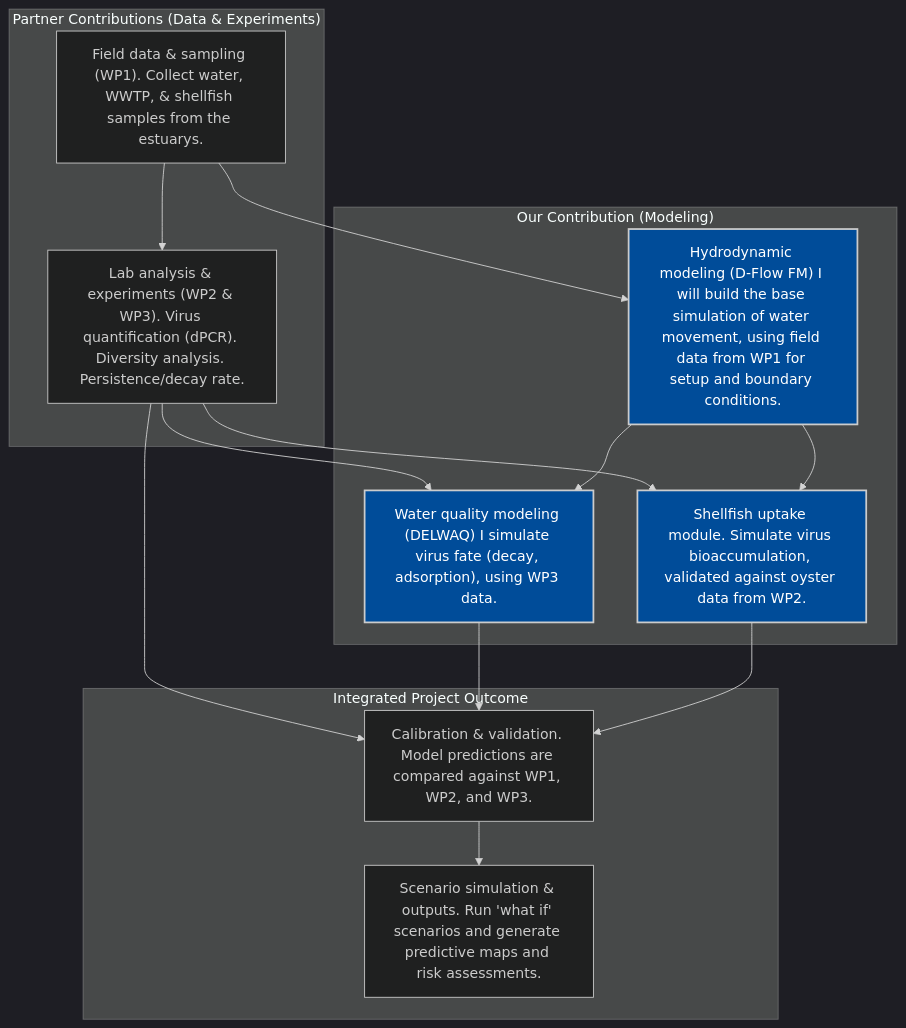
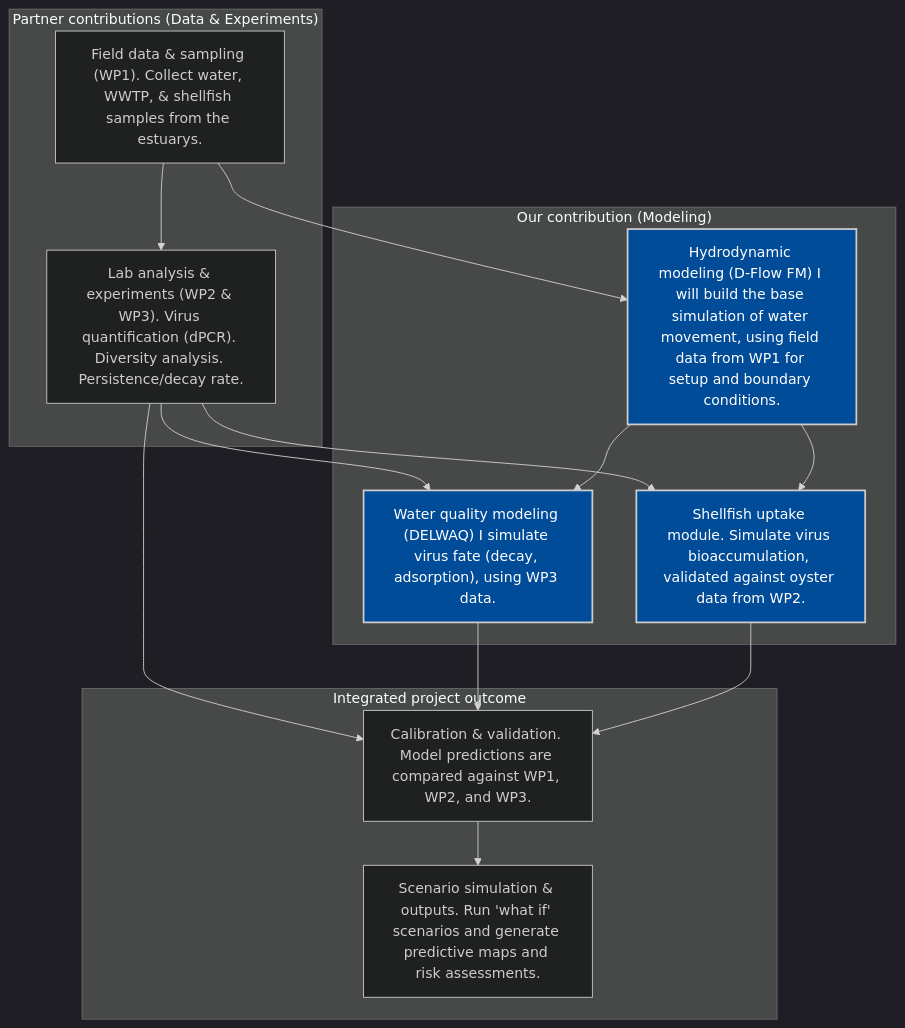
The diagram in README.md (microstijn/PreVirS), drawn with Mermaid before and after one commit.

````diff
--- a/README.md
+++ b/README.md
@@ -1,38 +1,38 @@
 ```mermaid
 
 %%{init: {'theme': 'dark', 'themeVariables': {'background': '#002060'}}}%%
 graph TD
-    subgraph "Partner Contributions (Data & Experiments)"
+    subgraph "Partner contributions (Data & Experiments)"
         A[" Field data & sampling (WP1). Collect water, WWTP, & shellfish samples from the estuarys."]
         B[" Lab analysis & experiments (WP2 & WP3). Virus quantification (dPCR). Diversity analysis. Persistence/decay rate."]
     end
 
-    subgraph "Our Contribution (Modeling)"
+    subgraph "Our contribution (Modeling)"
         C[" Hydrodynamic modeling (D-Flow FM) I will build the base simulation of water movement, using field data from WP1 for setup and boundary conditions."]
         D[" Water quality modeling (DELWAQ) I simulate virus fate (decay, adsorption), using WP3 data."]
         E[" Shellfish uptake module. Simulate virus bioaccumulation, validated against oyster data from WP2."]
     end
 
-    subgraph "Integrated Project Outcome"
+    subgraph "Integrated project outcome"
         F[" Calibration & validation. Model predictions are compared against WP1, WP2, and WP3."]
         G[" Scenario simulation & outputs. Run 'what if' scenarios and generate predictive maps and risk assessments."]
     end
 
     A --> C
     A --> B
     B --> D
     B --> E
     B --> F
     C --> D
     C --> E
     D --> F
     E --> F
     F --> G
 
     style C fill:#004c99,stroke:#ccc,stroke-width:2px,color:#fff
     style D fill:#004c99,stroke:#ccc,stroke-width:2px,color:#fff
     style E fill:#004c99,stroke:#ccc,stroke-width:2px,color:#fff
 
 
 
 ```
````
